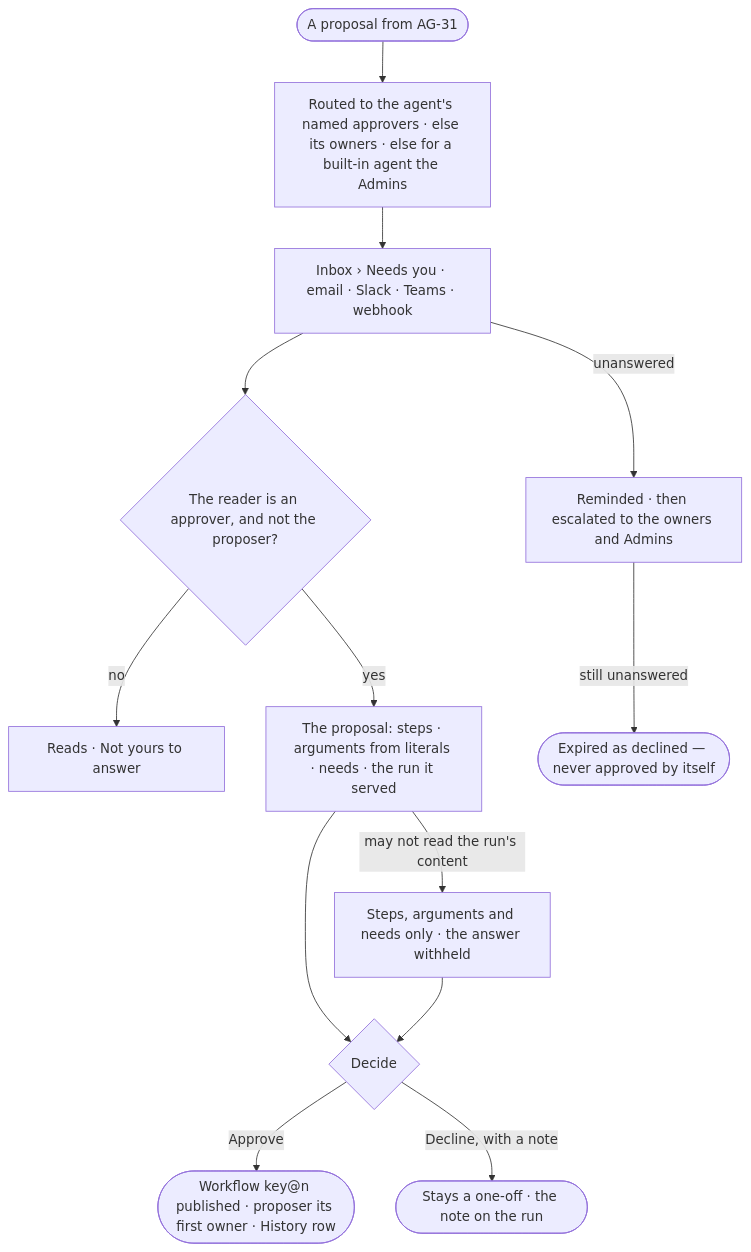
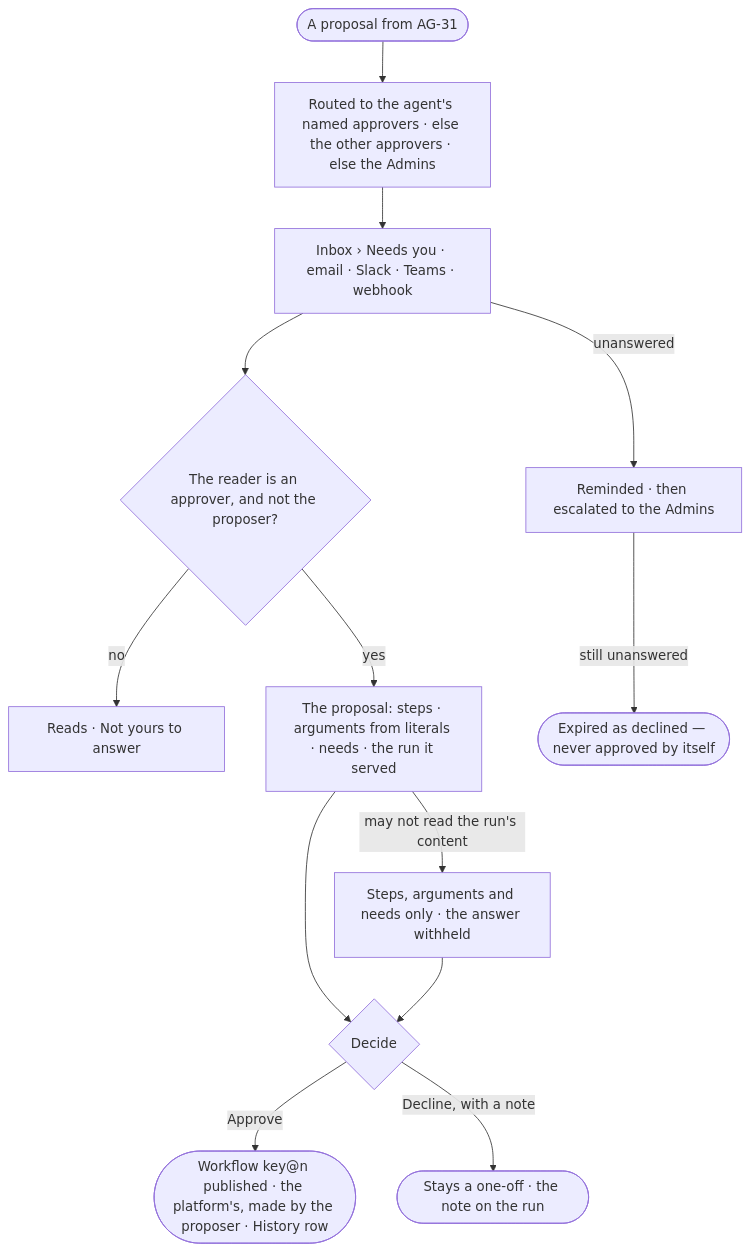
Before and after one commit to invana/invana: the diagram in specs/capabilities/agents/features/AG-F06-plans-and-workflows/stories/AG-47-approve-a-plan-into-a-workflow/story.md, drawn with Mermaid. The commit also changed other lines of this file and 300 other files, not shown here.

````diff
--- a/specs/capabilities/agents/features/AG-F06-plans-and-workflows/stories/AG-47-approve-a-plan-into-a-workflow/story.md
+++ b/specs/capabilities/agents/features/AG-F06-plans-and-workflows/stories/AG-47-approve-a-plan-into-a-workflow/story.md
@@ -28,15 +30,15 @@
 ```mermaid
 flowchart TD
-  p([A proposal from AG-31]) --> route["Routed to the agent's named approvers · else its owners · else for a built-in agent the Admins"]
+  p([A proposal from AG-31]) --> route["Routed to the agent's named approvers · else the other approvers · else the Admins"]
   route --> ib["Inbox › Needs you · email · Slack · Teams · webhook"]
   ib --> who{"The reader is an approver, and not the proposer?"}
   who -->|no| nx["Reads · Not yours to answer"]
   who -->|yes| r["The proposal: steps · arguments from literals · needs · the run it served"]
   r -->|may not read the run's content| rw["Steps, arguments and needs only · the answer withheld"]
   r --> d{"Decide"}
   rw --> d
-  d -->|Approve| a(["Workflow key@n published · proposer its first owner · History row"])
+  d -->|Approve| a(["Workflow key@n published · the platform's, made by the proposer · History row"])
   d -->|Decline, with a note| x(["Stays a one-off · the note on the run"])
-  ib -->|unanswered| rem["Reminded · then escalated to the owners and Admins"]
+  ib -->|unanswered| rem["Reminded · then escalated to the Admins"]
   rem -->|still unanswered| ex(["Expired as declined — never approved by itself"])
 ```
````
